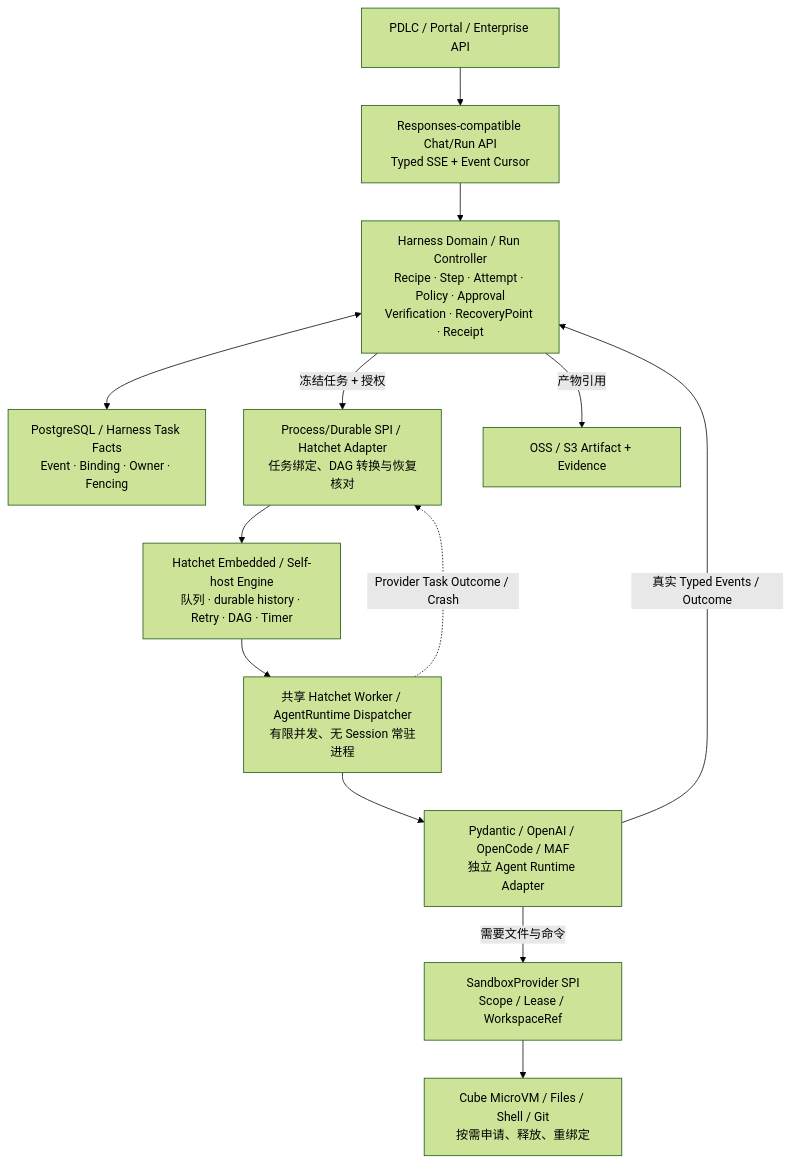
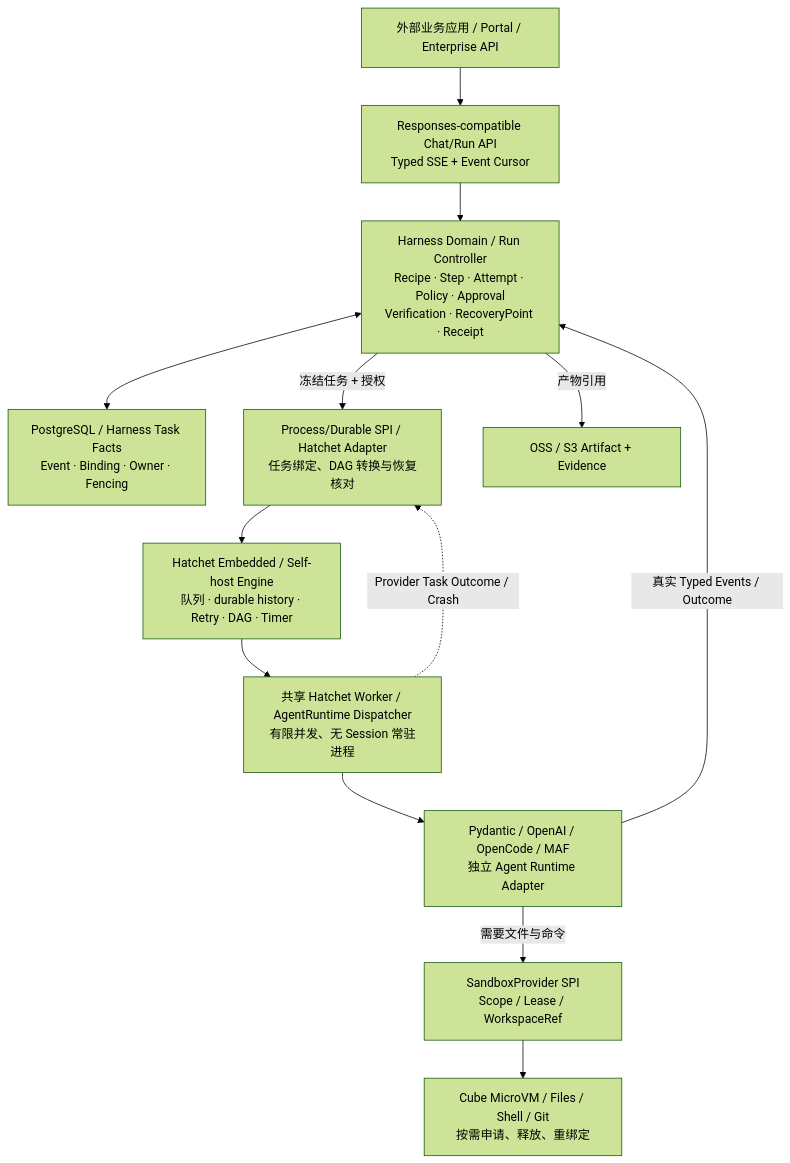
One commit to Bulls1986/Agent-Harness-Platform changed the diagram in docs/references/HATCHET_PROCESS_DURABLE_ARCHITECTURE_20261010.md. Above: the diagram before and after it, drawn with Mermaid (forest theme). The commit also changed 50 other files, not shown here.

````diff
--- a/docs/references/HATCHET_PROCESS_DURABLE_ARCHITECTURE_20261010.md
+++ b/docs/references/HATCHET_PROCESS_DURABLE_ARCHITECTURE_20261010.md
@@ -24,21 +24,21 @@
 ```mermaid
 flowchart TB
-  UI["PDLC / Portal / Enterprise API"]
+  UI["外部业务应用 / Portal / Enterprise API"]
   API["Responses-compatible Chat/Run API\nTyped SSE + Event Cursor"]
   CORE["Harness Domain / Run Controller\nRecipe · Step · Attempt · Policy · Approval\nVerification · RecoveryPoint · Receipt"]
   FACTS["PostgreSQL / Harness Task Facts\nEvent · Binding · Owner · Fencing"]
   PSPI["Process/Durable SPI / Hatchet Adapter\n任务绑定、DAG 转换与恢复核对"]
   ENGINE["Hatchet Embedded / Self-host Engine\n队列 · durable history · Retry · DAG · Timer"]
   WORK["共享 Hatchet Worker / AgentRuntime Dispatcher\n有限并发、无 Session 常驻进程"]
   RUNTIME["Pydantic / OpenAI / OpenCode / MAF\n独立 Agent Runtime Adapter"]
   SB["SandboxProvider SPI\nScope / Lease / WorkspaceRef"]
   CUBE["Cube MicroVM / Files / Shell / Git\n按需申请、释放、重绑定"]
   OSS["OSS / S3 Artifact + Evidence"]
   UI --> API --> CORE
   CORE <--> FACTS
   CORE -->|"冻结任务 + 授权"| PSPI --> ENGINE --> WORK --> RUNTIME
   RUNTIME -->|"真实 Typed Events / Outcome"| CORE
   RUNTIME -->|"需要文件与命令"| SB --> CUBE
   CORE -->|"产物引用"| OSS
   WORK -. "Provider Task Outcome / Crash" .-> PSPI
 ```
````
